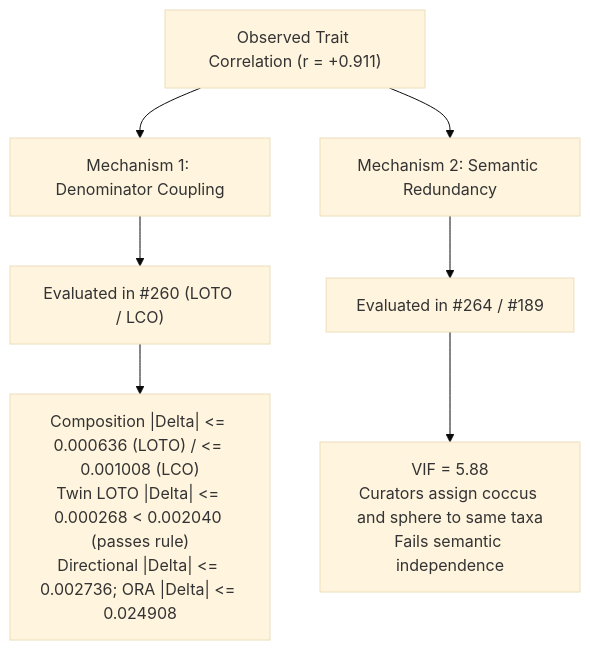
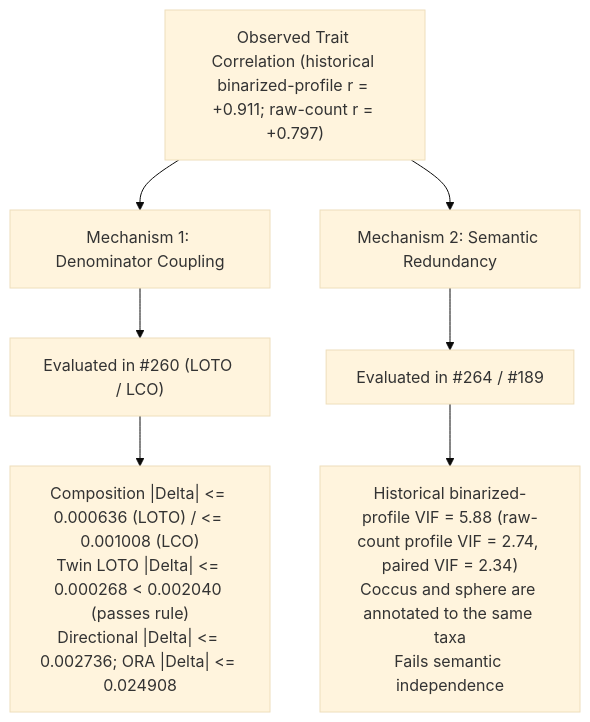
The diagram in methods/trait_coupling_sensitivity.md (CultureBotAI/microbial-trait-profiling), drawn with Mermaid (base theme) before and after one commit. The commit also changed other lines of this file and 11 other files, not shown here.

````diff
--- a/methods/trait_coupling_sensitivity.md
+++ b/methods/trait_coupling_sensitivity.md
@@ -178,9 +178,9 @@
 ```mermaid
 flowchart TD
-    A["Observed Trait Correlation (r = +0.911)"] --> B["Mechanism 1: Denominator Coupling"]
+    A["Observed Trait Correlation (historical binarized-profile r = +0.911; raw-count r = +0.797)"] --> B["Mechanism 1: Denominator Coupling"]
     A --> C["Mechanism 2: Semantic Redundancy"]
     B --> D["Evaluated in #260 (LOTO / LCO)"]
     C --> E["Evaluated in #264 / #189"]
     D --> F["Composition |Delta| <= 0.000636 (LOTO) / <= 0.001008 (LCO)<br/>Twin LOTO |Delta| <= 0.000268 < 0.002040 (passes rule)<br/>Directional |Delta| <= 0.002736; ORA |Delta| <= 0.024908"]
-    E --> G["VIF = 5.88<br/>Curators assign coccus and sphere to same taxa<br/>Fails semantic independence"]
+    E --> G["Historical binarized-profile VIF = 5.88 (raw-count profile VIF = 2.74, paired VIF = 2.34)<br/>Coccus and sphere are annotated to the same taxa<br/>Fails semantic independence"]
 ```
````
